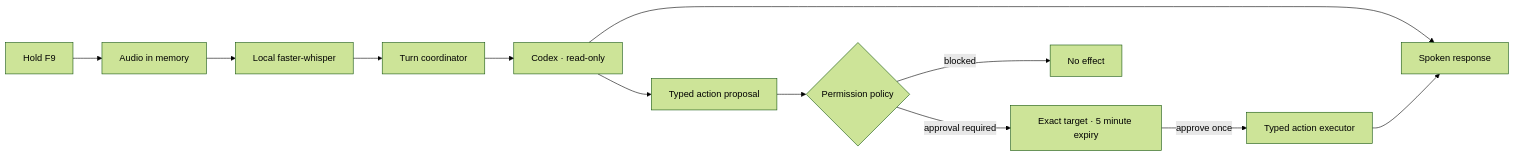
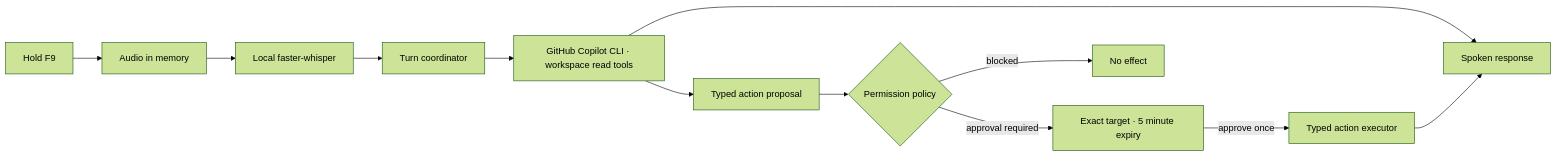
Before and after one commit to russmsft/harbor-voice: the diagram in README.md, drawn with Mermaid (forest theme). The commit also changed other lines of this file and 13 other files, not shown here.

First line of the commit message:
Use GitHub Copilot CLI backend

````diff
--- a/README.md
+++ b/README.md
@@ -56,14 +58,14 @@
 ```mermaid
 flowchart LR
     PTT["Hold F9"] --> REC["Audio in memory"]
     REC --> STT["Local faster-whisper"]
     STT --> COORD["Turn coordinator"]
-    COORD --> CODEX["Codex · read-only"]
-    CODEX --> MSG["Spoken response"]
-    CODEX --> PROPOSAL["Typed action proposal"]
+    COORD --> COPILOT["GitHub Copilot CLI · workspace read tools"]
+    COPILOT --> MSG["Spoken response"]
+    COPILOT --> PROPOSAL["Typed action proposal"]
     PROPOSAL --> POLICY{"Permission policy"}
     POLICY -->|"blocked"| STOP["No effect"]
     POLICY -->|"approval required"| DIALOG["Exact target · 5 minute expiry"]
     DIALOG -->|"approve once"| ROUTER["Typed action executor"]
     ROUTER --> MSG
 ```
````
